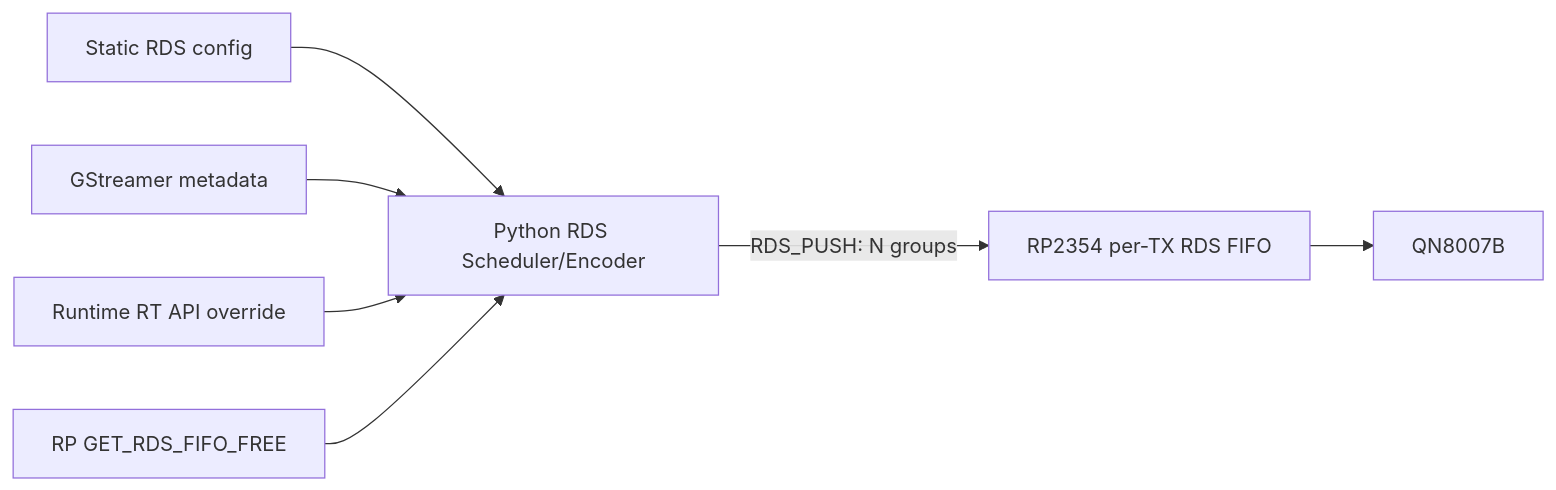
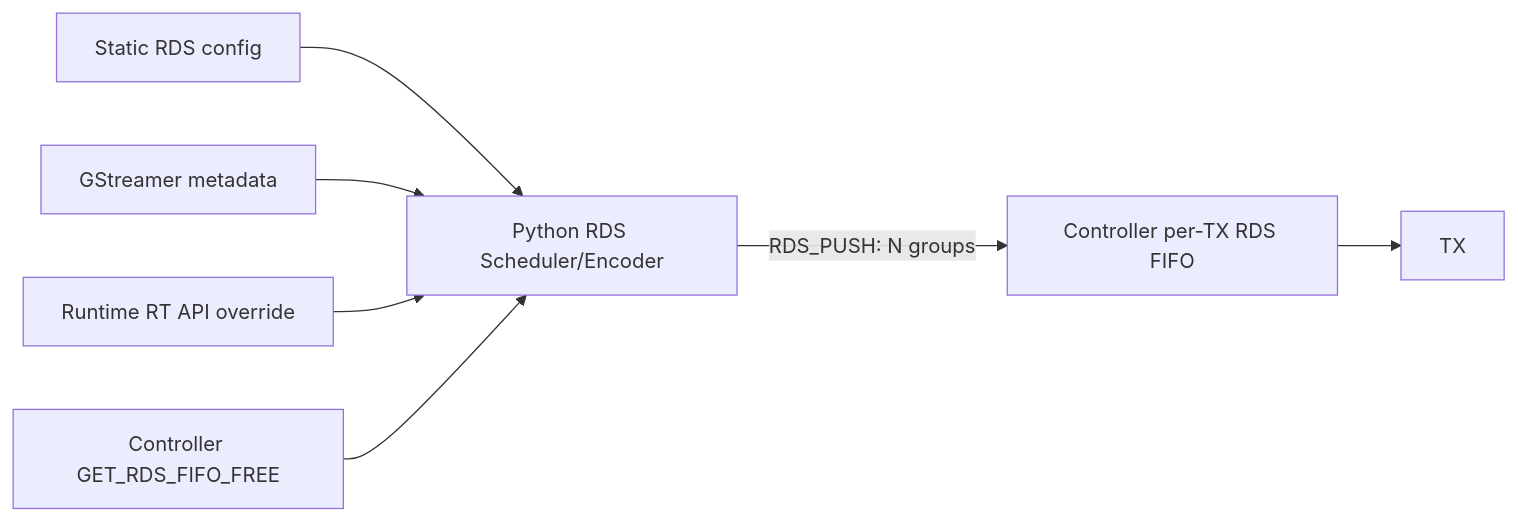
Before and after one commit to csalotzky/fmheadend: the fourth of 5 diagrams in docs/fmheadend-software-architecture.md, drawn with Mermaid. The commit also changed other lines of this file and 20 other files, not shown here.

````diff
--- a/docs/fmheadend-software-architecture.md
+++ b/docs/fmheadend-software-architecture.md
@@ -1176,9 +1176,9 @@
 ```mermaid
 flowchart LR
     CFG[Static RDS config] --> SCHED[Python RDS Scheduler/Encoder]
     META[GStreamer metadata] --> SCHED
     API[Runtime RT API override] --> SCHED
-    STAT[RP GET_RDS_FIFO_FREE] --> SCHED
-    SCHED -->|RDS_PUSH: N groups| FIFO[RP2354 per-TX RDS FIFO]
-    FIFO --> QN[QN8007B]
+    STAT[Controller GET_RDS_FIFO_FREE] --> SCHED
+    SCHED -->|RDS_PUSH: N groups| FIFO[Controller per-TX RDS FIFO]
+    FIFO --> QN[TX]
 ```
````
